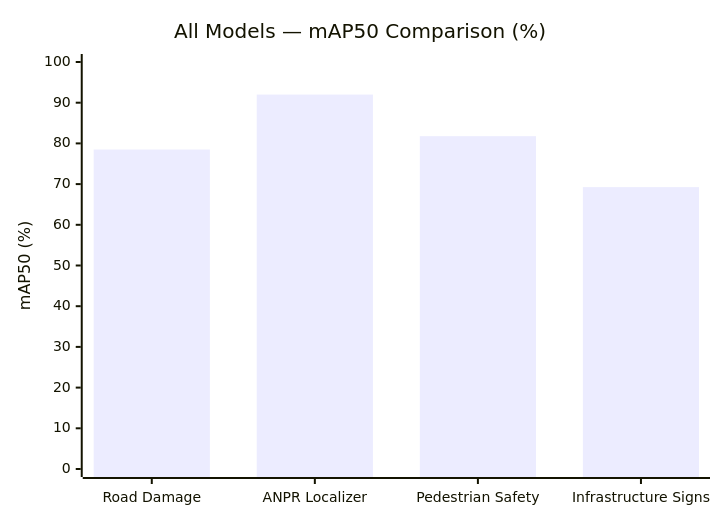
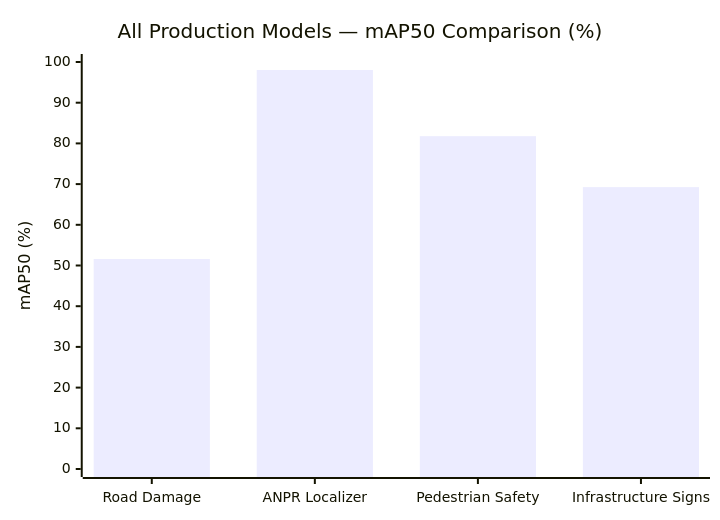
The tenth of 15 diagrams in README.md (Sushantcod/sih2026-sankalp), drawn with Mermaid before and after one commit. The commit also changed other lines of this file and 56 other files, not shown here.

````diff
--- a/README.md
+++ b/README.md
@@ -475,7 +551,7 @@
 ```mermaid
 xychart-beta
-    title "All Models — mAP50 Comparison (%)"
+    title "All Production Models — mAP50 Comparison (%)"
     x-axis ["Road Damage", "ANPR Localizer", "Pedestrian Safety", "Infrastructure Signs"]
     y-axis "mAP50 (%)" 0 --> 100
-    bar [78.5, 92.0, 81.78, 69.25]
+    bar [51.60, 98.04, 81.78, 69.25]
 ```
````
